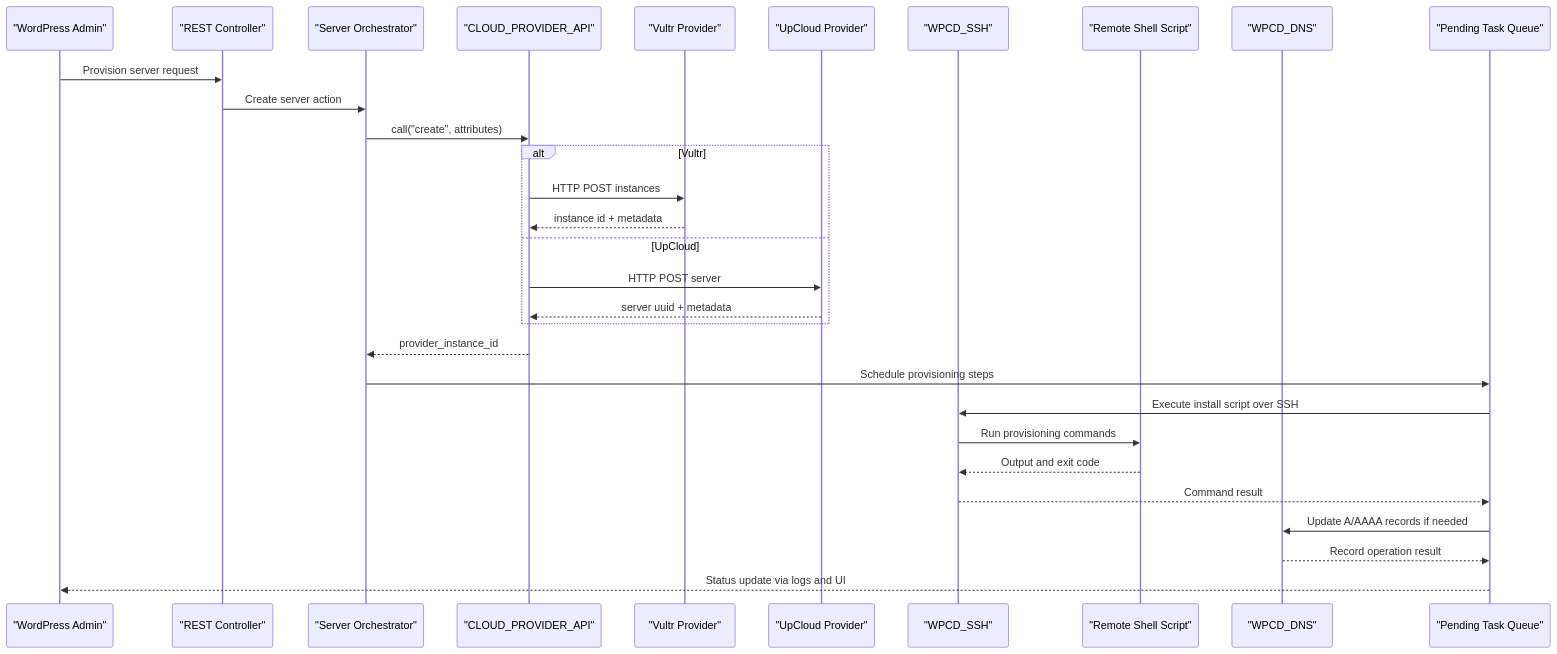
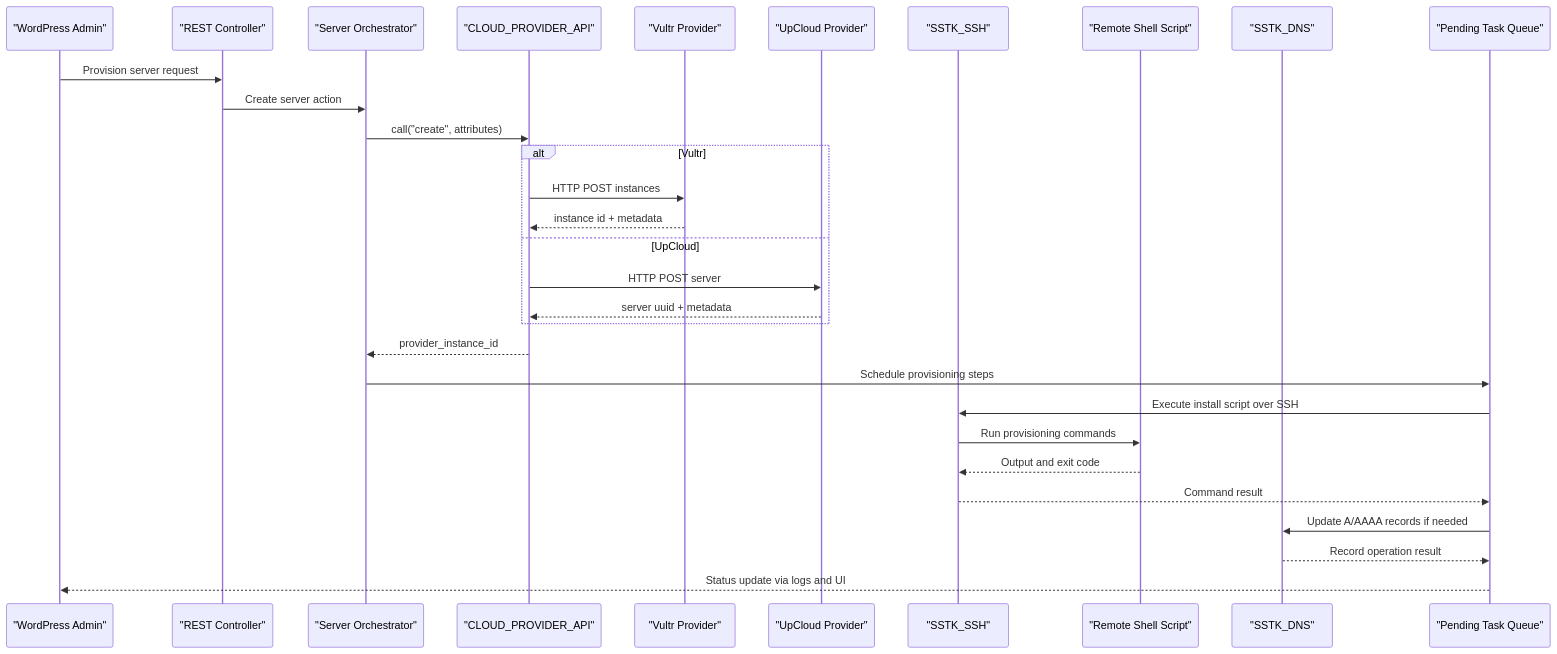
The second of 8 diagrams in .qoder/repowiki/en/content/System Architecture/Integration Patterns.md (onedogsolutions/simple-stack), drawn with Mermaid before and after one commit. The commit also changed other lines of this file and 5941 other files, not shown here.

````diff
--- a/.qoder/repowiki/en/content/System Architecture/Integration Patterns.md
+++ b/.qoder/repowiki/en/content/System Architecture/Integration Patterns.md
@@ -118,32 +118,32 @@
 ```mermaid
 sequenceDiagram
 participant Admin as "WordPress Admin"
 participant REST as "REST Controller"
 participant Server as "Server Orchestrator"
 participant Provider as "CLOUD_PROVIDER_API"
 participant Vultr as "Vultr Provider"
 participant Upcloud as "UpCloud Provider"
-participant SSH as "WPCD_SSH"
+participant SSH as "SSTK_SSH"
 participant Script as "Remote Shell Script"
-participant DNS as "WPCD_DNS"
+participant DNS as "SSTK_DNS"
 participant Tasks as "Pending Task Queue"
 Admin->>REST : Provision server request
 REST->>Server : Create server action
 Server->>Provider : call("create", attributes)
 alt Vultr
 Provider->>Vultr : HTTP POST instances
 Vultr-->>Provider : instance id + metadata
 else UpCloud
 Provider->>Upcloud : HTTP POST server
 Upcloud-->>Provider : server uuid + metadata
 end
 Provider-->>Server : provider_instance_id
 Server->>Tasks : Schedule provisioning steps
 Tasks->>SSH : Execute install script over SSH
 SSH->>Script : Run provisioning commands
 Script-->>SSH : Output and exit code
 SSH-->>Tasks : Command result
 Tasks->>DNS : Update A/AAAA records if needed
 DNS-->>Tasks : Record operation result
 Tasks-->>Admin : Status update via logs and UI
 ```
````
